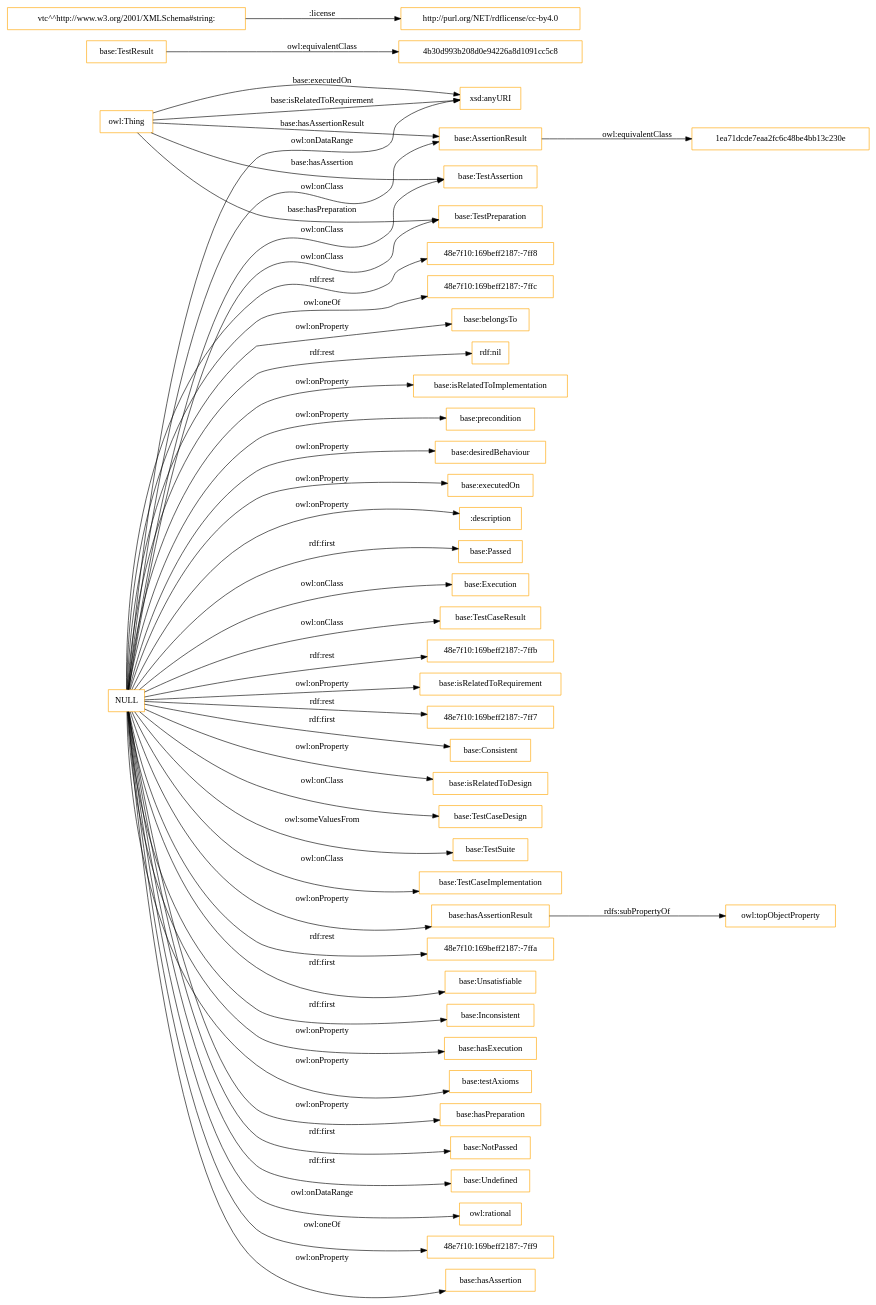
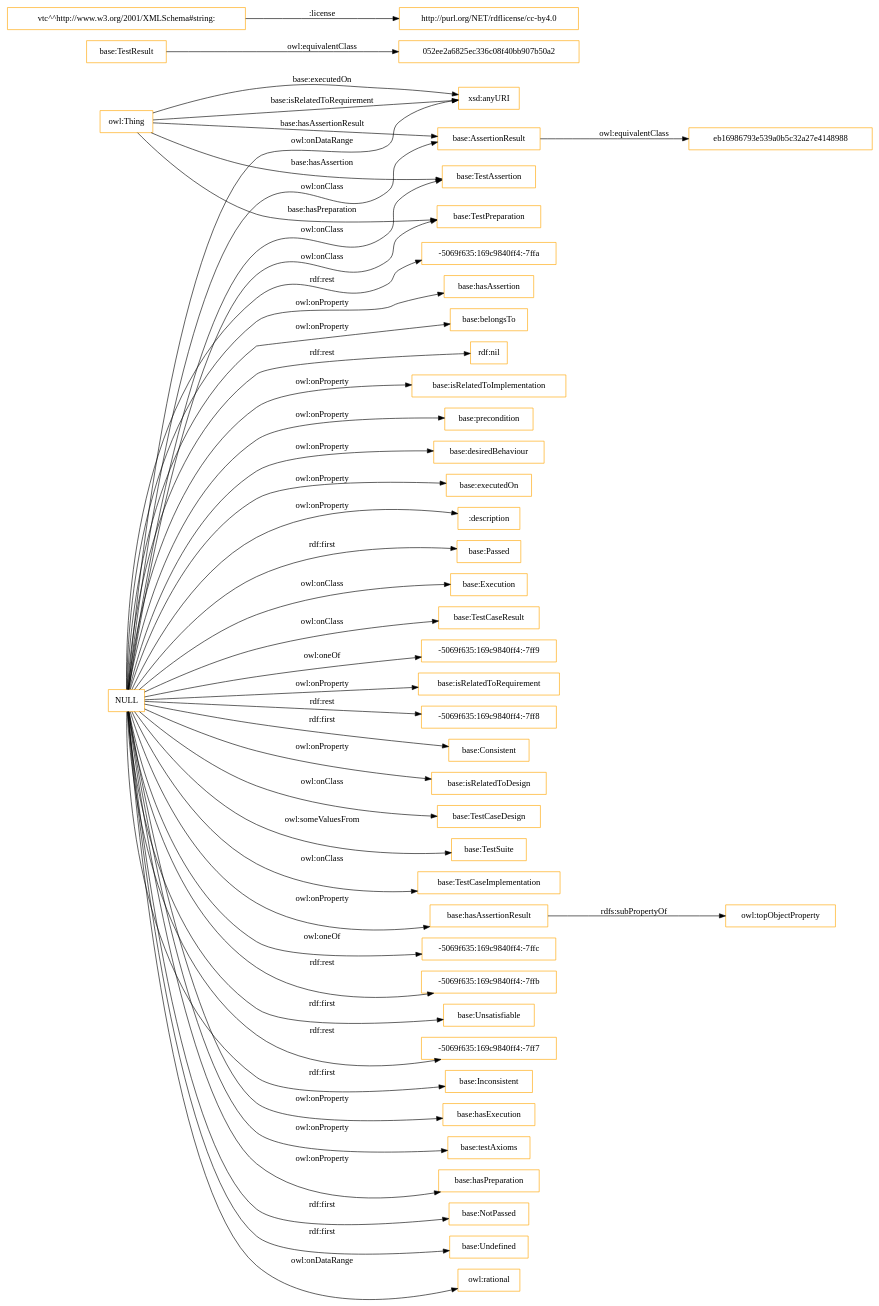
The diagram in OnToology/ontology/verification-test-description.ttl/diagrams/ar2dtool-class/verification-test-description.ttl.png.dot (ahmad88me/test-verification-ontology), drawn with Graphviz before and after one commit. The commit also changed 6 other files, not shown here.

```diff
--- a/OnToology/ontology/verification-test-description.ttl/diagrams/ar2dtool-class/verification-test-description.ttl.png.dot
+++ b/OnToology/ontology/verification-test-description.ttl/diagrams/ar2dtool-class/verification-test-description.ttl.png.dot
@@ -1,51 +1,51 @@
 digraph ar2dtool_diagram { 
 rankdir=LR;
 size="1501"
-node [shape = rectangle, color="orange"]; "base:Execution" "4b30d993b208d0e94226a8d1091cc5c8" "base:TestCaseResult" "1ea71dcde7eaa2fc6c48be4bb13c230e" "base:AssertionResult" "base:TestResult" "base:TestCaseDesign" "base:TestSuite" "base:TestCaseImplementation" "base:TestAssertion" "base:TestPreparation" ; /*classes style*/
-	"base:AssertionResult" -> "1ea71dcde7eaa2fc6c48be4bb13c230e" [ label = "owl:equivalentClass" ];
+node [shape = rectangle, color="orange"]; "base:Execution" "052ee2a6825ec336c08f40bb907b50a2" "base:TestCaseResult" "base:AssertionResult" "base:TestResult" "base:TestCaseDesign" "eb16986793e539a0b5c32a27e4148988" "base:TestSuite" "base:TestCaseImplementation" "base:TestAssertion" "base:TestPreparation" ; /*classes style*/
+	"base:AssertionResult" -> "eb16986793e539a0b5c32a27e4148988" [ label = "owl:equivalentClass" ];
 	"base:hasAssertionResult" -> "owl:topObjectProperty" [ label = "rdfs:subPropertyOf" ];
-	"base:TestResult" -> "4b30d993b208d0e94226a8d1091cc5c8" [ label = "owl:equivalentClass" ];
+	"base:TestResult" -> "052ee2a6825ec336c08f40bb907b50a2" [ label = "owl:equivalentClass" ];
 	"NULL" -> "base:Execution" [ label = "owl:onClass" ];
-	"NULL" -> "48e7f10:169beff2187:-7ffa" [ label = "rdf:rest" ];
+	"NULL" -> "-5069f635:169c9840ff4:-7ffc" [ label = "owl:oneOf" ];
+	"NULL" -> "-5069f635:169c9840ff4:-7ffb" [ label = "rdf:rest" ];
+	"NULL" -> "base:Unsatisfiable" [ label = "rdf:first" ];
+	"NULL" -> "-5069f635:169c9840ff4:-7ff7" [ label = "rdf:rest" ];
 	"NULL" -> "base:TestCaseResult" [ label = "owl:onClass" ];
-	"NULL" -> "base:Unsatisfiable" [ label = "rdf:first" ];
 	"NULL" -> "base:Inconsistent" [ label = "rdf:first" ];
 	"NULL" -> "base:hasExecution" [ label = "owl:onProperty" ];
 	"NULL" -> "base:testAxioms" [ label = "owl:onProperty" ];
 	"NULL" -> "base:hasPreparation" [ label = "owl:onProperty" ];
 	"NULL" -> "base:NotPassed" [ label = "rdf:first" ];
 	"NULL" -> "base:TestCaseImplementation" [ label = "owl:onClass" ];
+	"NULL" -> "base:TestPreparation" [ label = "owl:onClass" ];
 	"NULL" -> "base:Undefined" [ label = "rdf:first" ];
-	"NULL" -> "base:TestPreparation" [ label = "owl:onClass" ];
 	"NULL" -> "owl:rational" [ label = "owl:onDataRange" ];
-	"NULL" -> "48e7f10:169beff2187:-7ff9" [ label = "owl:oneOf" ];
+	"NULL" -> "-5069f635:169c9840ff4:-7ffa" [ label = "rdf:rest" ];
 	"NULL" -> "base:hasAssertion" [ label = "owl:onProperty" ];
 	"NULL" -> "base:TestCaseDesign" [ label = "owl:onClass" ];
-	"NULL" -> "48e7f10:169beff2187:-7ff8" [ label = "rdf:rest" ];
-	"NULL" -> "48e7f10:169beff2187:-7ffc" [ label = "owl:oneOf" ];
 	"NULL" -> "base:AssertionResult" [ label = "owl:onClass" ];
 	"NULL" -> "base:belongsTo" [ label = "owl:onProperty" ];
 	"NULL" -> "rdf:nil" [ label = "rdf:rest" ];
 	"NULL" -> "base:isRelatedToImplementation" [ label = "owl:onProperty" ];
 	"NULL" -> "base:precondition" [ label = "owl:onProperty" ];
 	"NULL" -> "base:desiredBehaviour" [ label = "owl:onProperty" ];
 	"NULL" -> "base:executedOn" [ label = "owl:onProperty" ];
 	"NULL" -> ":description" [ label = "owl:onProperty" ];
 	"NULL" -> "base:hasAssertionResult" [ label = "owl:onProperty" ];
 	"NULL" -> "base:Passed" [ label = "rdf:first" ];
-	"NULL" -> "48e7f10:169beff2187:-7ffb" [ label = "rdf:rest" ];
+	"NULL" -> "-5069f635:169c9840ff4:-7ff9" [ label = "owl:oneOf" ];
 	"NULL" -> "base:isRelatedToRequirement" [ label = "owl:onProperty" ];
-	"NULL" -> "48e7f10:169beff2187:-7ff7" [ label = "rdf:rest" ];
 	"NULL" -> "xsd:anyURI" [ label = "owl:onDataRange" ];
+	"NULL" -> "-5069f635:169c9840ff4:-7ff8" [ label = "rdf:rest" ];
 	"NULL" -> "base:TestSuite" [ label = "owl:someValuesFrom" ];
 	"NULL" -> "base:TestAssertion" [ label = "owl:onClass" ];
 	"NULL" -> "base:Consistent" [ label = "rdf:first" ];
 	"NULL" -> "base:isRelatedToDesign" [ label = "owl:onProperty" ];
 	"vtc^^http://www.w3.org/2001/XMLSchema#string:" -> "http://purl.org/NET/rdflicense/cc-by4.0" [ label = ":license" ];
 	"owl:Thing" -> "base:TestAssertion" [ label = "base:hasAssertion" ];
 	"owl:Thing" -> "base:TestPreparation" [ label = "base:hasPreparation" ];
 	"owl:Thing" -> "xsd:anyURI" [ label = "base:executedOn" ];
 	"owl:Thing" -> "base:AssertionResult" [ label = "base:hasAssertionResult" ];
 	"owl:Thing" -> "xsd:anyURI" [ label = "base:isRelatedToRequirement" ];
 
 }
```
